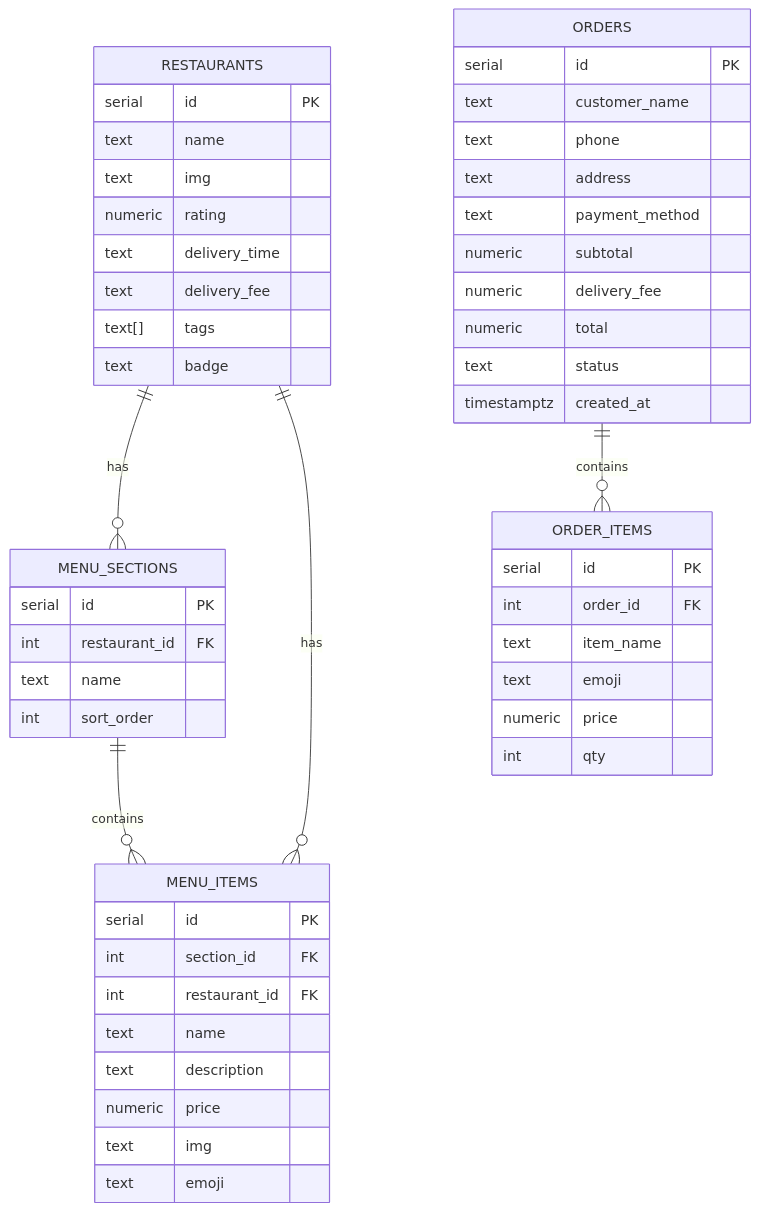
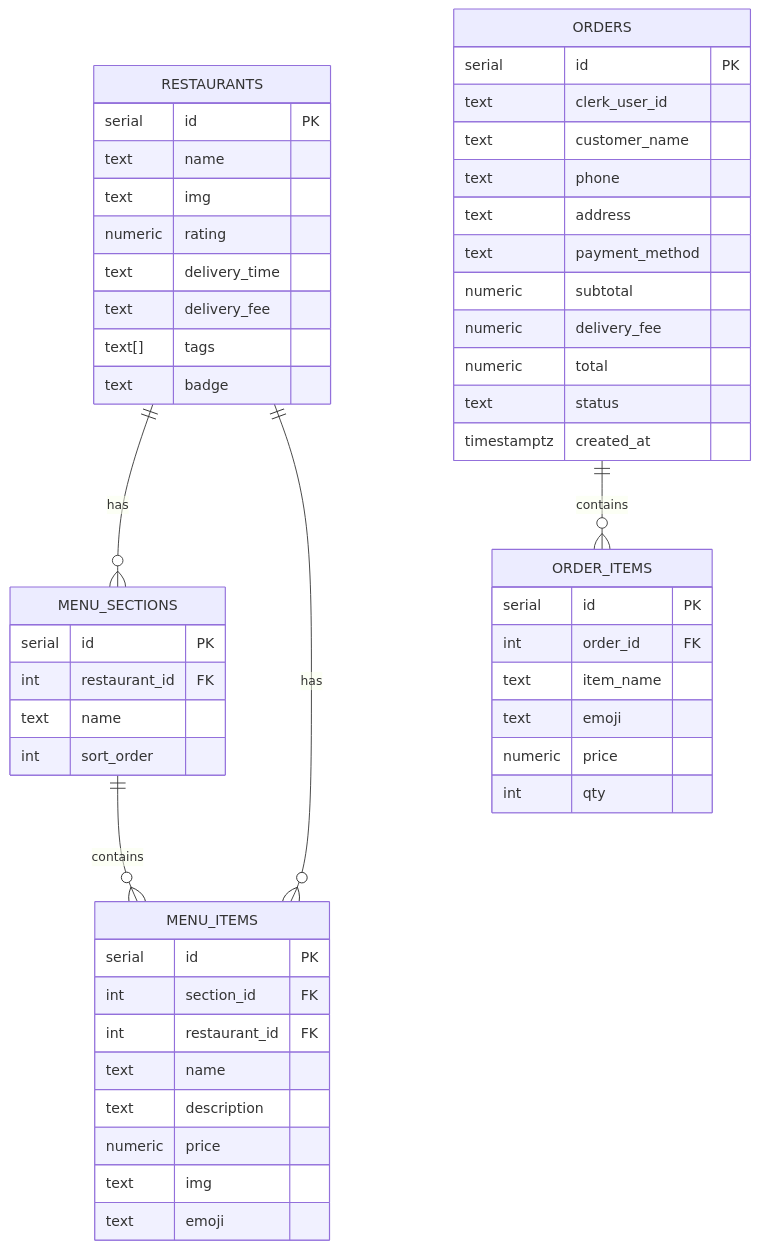
Before and after one commit to Aditi-03111/quickbite: the second of 3 diagrams in README.md, drawn with Mermaid. The commit also changed other lines of this file, not shown here.

````diff
--- a/README.md
+++ b/README.md
@@ -39,58 +88,59 @@
 ```mermaid
 erDiagram
     RESTAURANTS {
         serial id PK
         text name
         text img
         numeric rating
         text delivery_time
         text delivery_fee
         text[] tags
         text badge
     }
 
     MENU_SECTIONS {
         serial id PK
         int restaurant_id FK
         text name
         int sort_order
     }
 
     MENU_ITEMS {
         serial id PK
         int section_id FK
         int restaurant_id FK
         text name
         text description
         numeric price
         text img
         text emoji
     }
 
     ORDERS {
         serial id PK
+        text clerk_user_id
         text customer_name
         text phone
         text address
         text payment_method
         numeric subtotal
         numeric delivery_fee
         numeric total
         text status
         timestamptz created_at
     }
 
     ORDER_ITEMS {
         serial id PK
         int order_id FK
         text item_name
         text emoji
         numeric price
         int qty
     }
 
-    RESTAURANTS ||--o{ MENU_SECTIONS : "has"
-    RESTAURANTS ||--o{ MENU_ITEMS : "has"
-    MENU_SECTIONS ||--o{ MENU_ITEMS : "contains"
-    ORDERS ||--o{ ORDER_ITEMS : "contains"
+    RESTAURANTS ||--o{ MENU_SECTIONS : has
+    RESTAURANTS ||--o{ MENU_ITEMS : has
+    MENU_SECTIONS ||--o{ MENU_ITEMS : contains
+    ORDERS ||--o{ ORDER_ITEMS : contains
 ```
````
